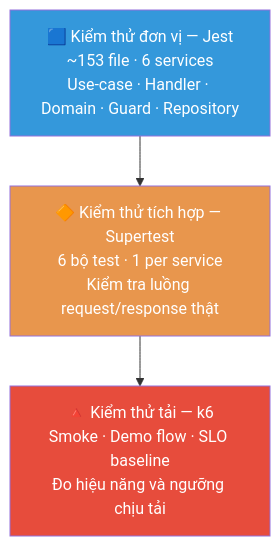
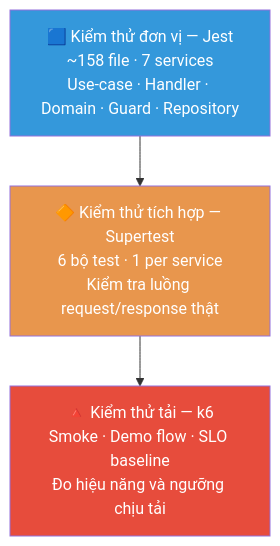
One commit to lengocanh2005it/collabspace changed diagram 34 of 37 in docs/presentation-outline.md. Above: the diagram before and after it, drawn with Mermaid. The commit also changed other lines of this file, not shown here.

````diff
--- a/docs/presentation-outline.md
+++ b/docs/presentation-outline.md
@@ -1209,12 +1211,12 @@
 ```mermaid
 flowchart TD
     L1["🔺 Kiểm thử tải — k6\nSmoke · Demo flow · SLO baseline\nĐo hiệu năng và ngưỡng chịu tải"]
     L2["🔶 Kiểm thử tích hợp — Supertest\n6 bộ test · 1 per service\nKiểm tra luồng request/response thật"]
-    L3["🟦 Kiểm thử đơn vị — Jest\n~153 file · 6 services\nUse-case · Handler · Domain · Guard · Repository"]
+    L3["🟦 Kiểm thử đơn vị — Jest\n~158 file · 7 services\nUse-case · Handler · Domain · Guard · Repository"]
 
     L3 --> L2 --> L1
 
     style L1 fill:#E74C3C,color:#fff
     style L2 fill:#E8964D,color:#fff
     style L3 fill:#3498DB,color:#fff
 ```
````
